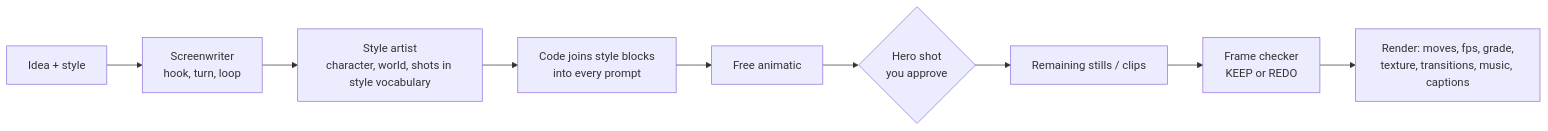
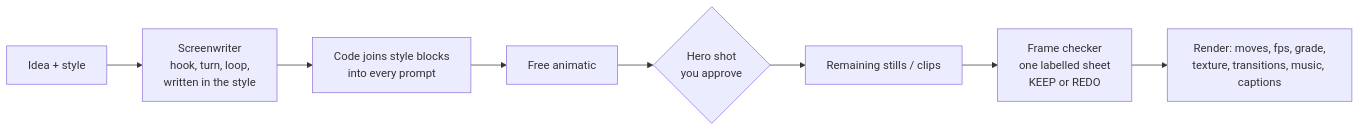
Before and after one commit to omer-yehuda/plugins: the diagram in plugins/video-creator/README.md, drawn with Mermaid. The commit also changed other lines of this file and 35 other files, not shown here.

````diff
--- a/plugins/video-creator/README.md
+++ b/plugins/video-creator/README.md
@@ -70,11 +70,10 @@
 ```mermaid
 flowchart LR
-    I[Idea + style] --> W[Screenwriter<br/>hook, turn, loop]
-    W --> A[Style artist<br/>character, world, shots in style vocabulary]
-    A --> C[Code joins style blocks<br/>into every prompt]
+    I[Idea + style] --> W[Screenwriter<br/>hook, turn, loop,<br/>written in the style]
+    W --> C[Code joins style blocks<br/>into every prompt]
     C --> N[Free animatic]
     N --> H{Hero shot<br/>you approve}
     H --> M[Remaining stills / clips]
-    M --> F[Frame checker<br/>KEEP or REDO]
+    M --> F[Frame checker<br/>one labelled sheet<br/>KEEP or REDO]
     F --> R[Render: moves, fps, grade,<br/>texture, transitions, music, captions]
 ```
````
